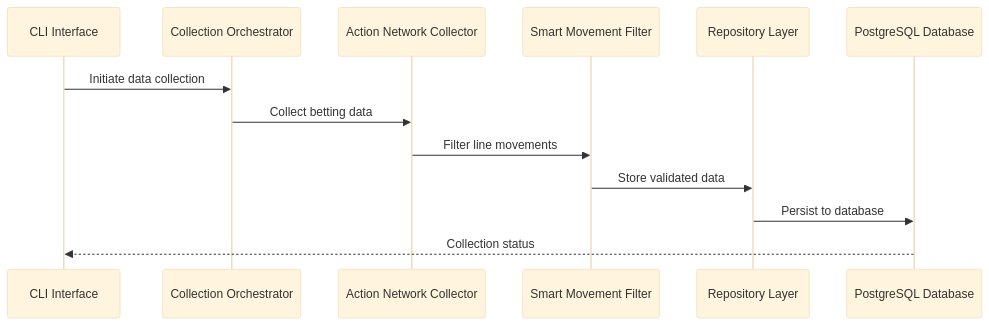
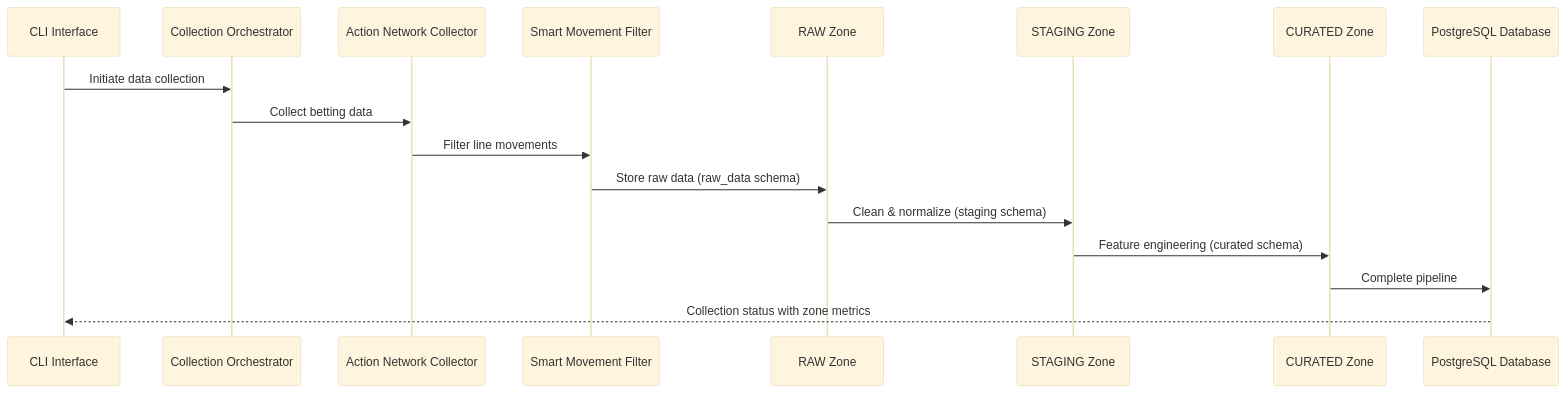
One commit to samlafell/mlb_betting changed the second of 3 diagrams in docs/SYSTEM_ARCHITECTURE_DIAGRAM.md. Above: the diagram before and after it, drawn with Mermaid (base theme). The commit also changed other lines of this file and 6 other files, not shown here.

````diff
--- a/docs/SYSTEM_ARCHITECTURE_DIAGRAM.md
+++ b/docs/SYSTEM_ARCHITECTURE_DIAGRAM.md
@@ -302,16 +321,20 @@
 ```mermaid
 sequenceDiagram
     participant CLI as CLI Interface
     participant ORCH as Collection Orchestrator
     participant AC as Action Network Collector
     participant SMF as Smart Movement Filter
-    participant REPO as Repository Layer
+    participant RAW as RAW Zone
+    participant STAGING as STAGING Zone
+    participant CURATED as CURATED Zone
     participant PG as PostgreSQL Database
     
     CLI->>ORCH: Initiate data collection
     ORCH->>AC: Collect betting data
     AC->>SMF: Filter line movements
-    SMF->>REPO: Store validated data
-    REPO->>PG: Persist to database
-    PG-->>CLI: Collection status
+    SMF->>RAW: Store raw data (raw_data schema)
+    RAW->>STAGING: Clean & normalize (staging schema)
+    STAGING->>CURATED: Feature engineering (curated schema)
+    CURATED->>PG: Complete pipeline
+    PG-->>CLI: Collection status with zone metrics
 ```
````
